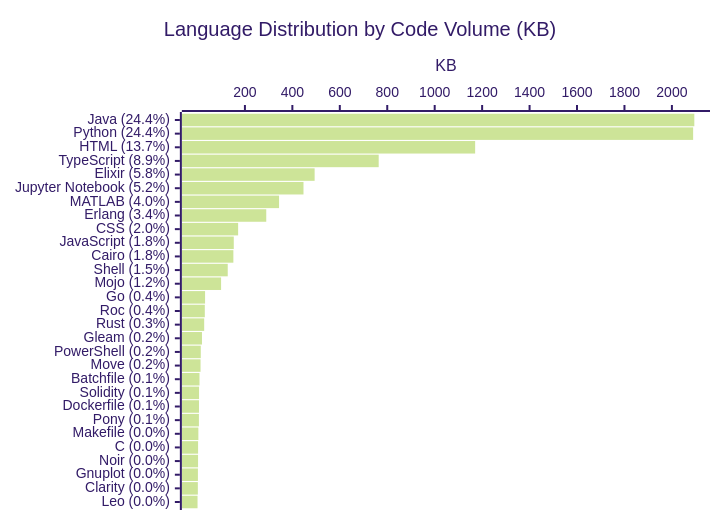
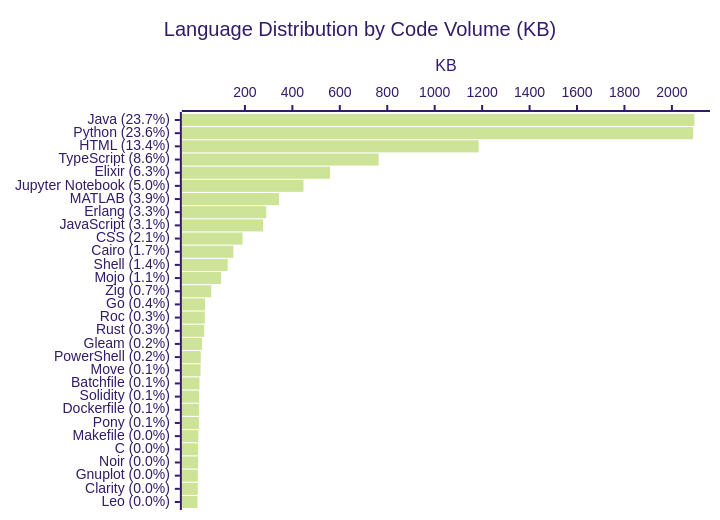
Before and after one commit to KathiraveluLab/.github: the diagram in profile/README.md, drawn with Mermaid (forest theme). The commit also changed other lines of this file and 1 other file, not shown here.

````diff
--- a/profile/README.md
+++ b/profile/README.md
@@ -71,7 +73,7 @@
 ```mermaid
 xychart-beta horizontal
     title "Language Distribution by Code Volume (KB)"
-    x-axis ["Java (24.4%)", "Python (24.4%)", "HTML (13.7%)", "TypeScript (8.9%)", "Elixir (5.8%)", "Jupyter Notebook (5.2%)", "MATLAB (4.0%)", "Erlang (3.4%)", "CSS (2.0%)", "JavaScript (1.8%)", "Cairo (1.8%)", "Shell (1.5%)", "Mojo (1.2%)", "Go (0.4%)", "Roc (0.4%)", "Rust (0.3%)", "Gleam (0.2%)", "PowerShell (0.2%)", "Move (0.2%)", "Batchfile (0.1%)", "Solidity (0.1%)", "Dockerfile (0.1%)", "Pony (0.1%)", "Makefile (0.0%)", "C (0.0%)", "Noir (0.0%)", "Gnuplot (0.0%)", "Clarity (0.0%)", "Leo (0.0%)"]
+    x-axis ["Java (23.7%)", "Python (23.6%)", "HTML (13.4%)", "TypeScript (8.6%)", "Elixir (6.3%)", "Jupyter Notebook (5.0%)", "MATLAB (3.9%)", "Erlang (3.3%)", "JavaScript (3.1%)", "CSS (2.1%)", "Cairo (1.7%)", "Shell (1.4%)", "Mojo (1.1%)", "Zig (0.7%)", "Go (0.4%)", "Roc (0.3%)", "Rust (0.3%)", "Gleam (0.2%)", "PowerShell (0.2%)", "Move (0.1%)", "Batchfile (0.1%)", "Solidity (0.1%)", "Dockerfile (0.1%)", "Pony (0.1%)", "Makefile (0.0%)", "C (0.0%)", "Noir (0.0%)", "Gnuplot (0.0%)", "Clarity (0.0%)", "Leo (0.0%)"]
     y-axis "KB"
-    bar [2094.5, 2089.51, 1170.55, 763.92, 493.85, 446.91, 343.93, 289.93, 171.39, 152.99, 151.31, 127.55, 99.52, 32.03, 30.88, 28.25, 18.9, 13.91, 12.89, 8.48, 6.65, 6.34, 6.01, 3.74, 2.58, 2.46, 1.82, 1.53, 0.26]
+    bar [2094.5, 2089.51, 1185.41, 763.92, 558.82, 446.91, 343.93, 289.93, 276.36, 189.89, 151.31, 127.55, 99.52, 58.03, 32.03, 30.88, 28.25, 18.9, 13.91, 12.89, 8.48, 6.65, 6.34, 6.01, 3.74, 2.58, 2.46, 1.82, 1.53, 0.26]
 ```
````
